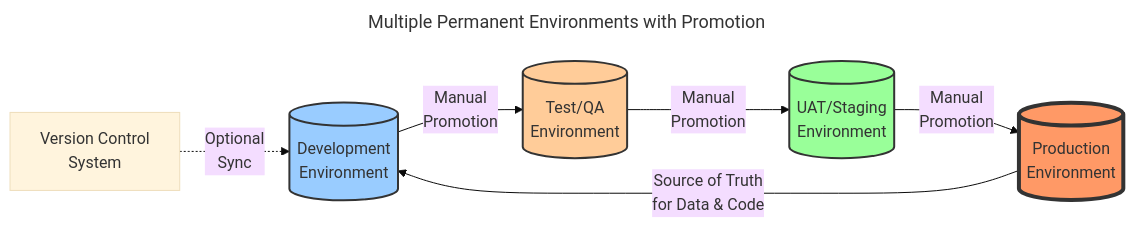
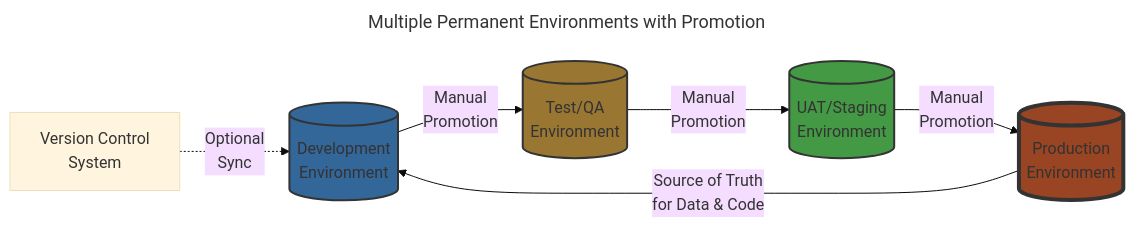
The first of 4 diagrams in articles/SoftwareDeliveryStrategies.md (ibm-webmethods-continuous-delivery/1c-framework), drawn with Mermaid (base theme) before and after one commit. The commit also changed other lines of this file, not shown here.

Commit message:
increased contrast for some diagrams colors

````diff
--- a/articles/SoftwareDeliveryStrategies.md
+++ b/articles/SoftwareDeliveryStrategies.md
@@ -92,25 +92,25 @@
 ```mermaid
 ---
 title: Multiple Permanent Environments with Promotion
 ---
 flowchart LR
     DEV[(Development<br/>Environment)]
     TEST[(Test/QA<br/>Environment)]
     UAT[(UAT/Staging<br/>Environment)]
     PROD[(Production<br/>Environment)]
     
     VCS[Version Control<br/>System]
     
     DEV -->|Manual<br/>Promotion| TEST
     TEST -->|Manual<br/>Promotion| UAT
     UAT -->|Manual<br/>Promotion| PROD
     
     VCS -.->|Optional<br/>Sync| DEV
     
     PROD -->|Source of Truth<br/>for Data & Code| DEV
     
-    style PROD fill:#f96,stroke:#333,stroke-width:4px
-    style DEV fill:#9cf,stroke:#333,stroke-width:2px
-    style TEST fill:#fc9,stroke:#333,stroke-width:2px
-    style UAT fill:#9f9,stroke:#333,stroke-width:2px
+    style PROD fill:#942,stroke:#333,stroke-width:4px
+    style DEV fill:#369,stroke:#333,stroke-width:2px
+    style TEST fill:#973,stroke:#333,stroke-width:2px
+    style UAT fill:#494,stroke:#333,stroke-width:2px
 ```
````
